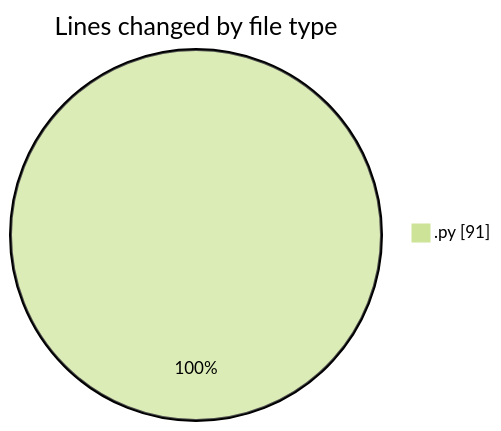
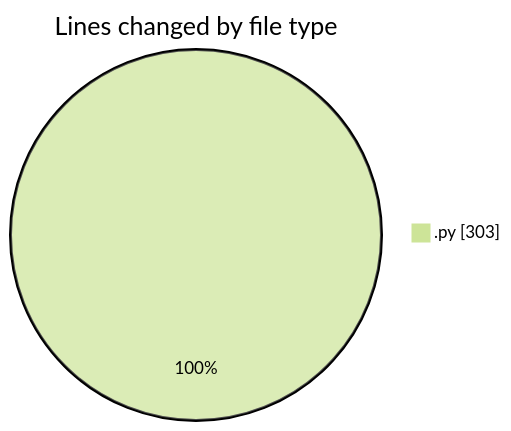
Before and after one commit to momahboobian/code-tracking: the first of 2 diagrams in 2025-03-25/samplepdf/README.md, drawn with Mermaid (forest theme). The commit also changed other lines of this file and 1 other file, not shown here.

````diff
--- a/2025-03-25/samplepdf/README.md
+++ b/2025-03-25/samplepdf/README.md
@@ -20,5 +21,5 @@
 ```mermaid
 pie showData
 title Lines changed by file type
-".py" : 91
+".py" : 303
 ```
````
